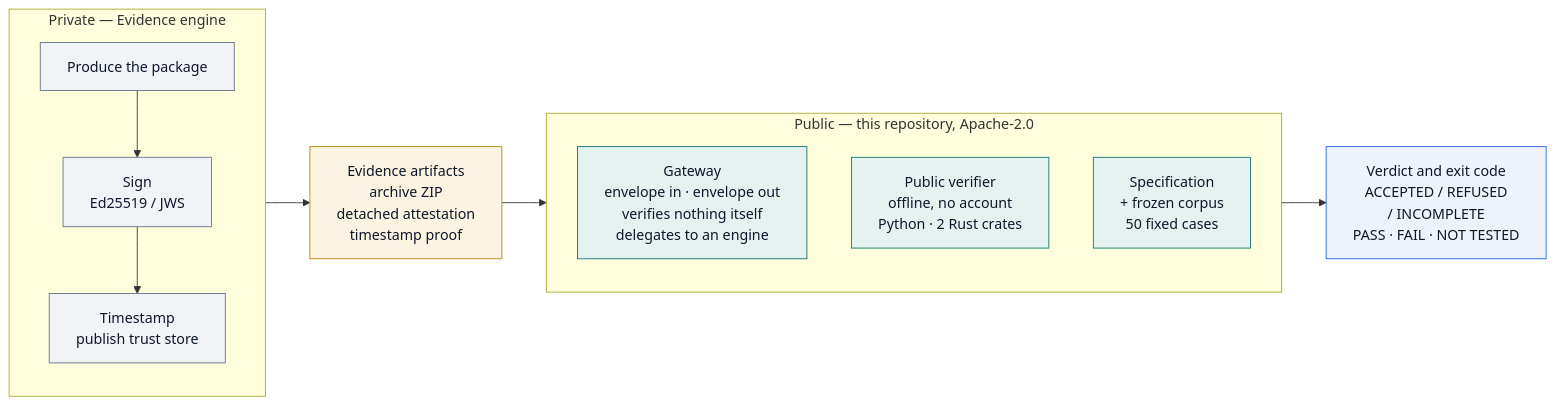
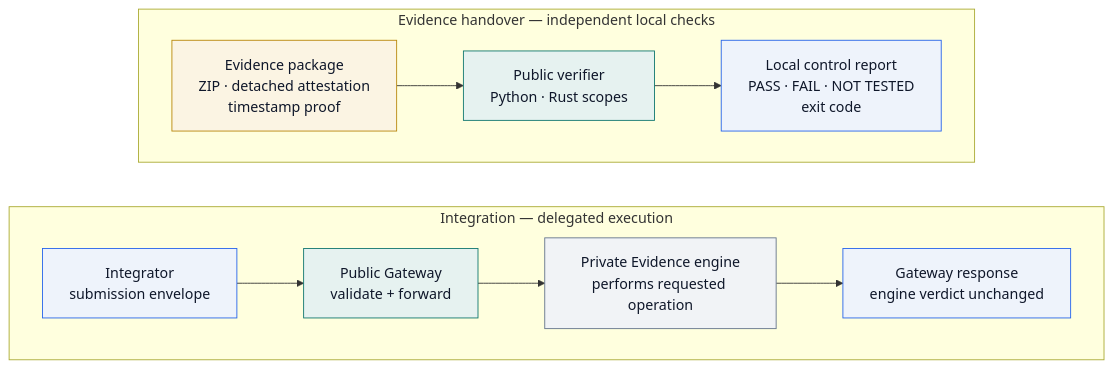
One commit to neomundi-io/neomundi-evidence-gateway changed the first of 3 diagrams in ARCHITECTURE.md. Above: the diagram before and after it, drawn with Mermaid. The commit also changed other lines of this file, not shown here.

Commit message:
docs(evidence): distinguish gateway delegation from offline verification and qualify timestamps

````diff
--- a/ARCHITECTURE.md
+++ b/ARCHITECTURE.md
@@ -116,36 +116,29 @@
 ```mermaid
-%%{init: {"flowchart": {"wrappingWidth": 320}} }%%
 flowchart LR
-  subgraph PRIV["Private — Evidence engine"]
-    direction TB
-    E1["Produce the package"]
-    E2["Sign<br/>Ed25519 / JWS"]
-    E3["Timestamp<br/>publish trust store"]
+  subgraph INTEGRATION["Integration — delegated execution"]
+    direction LR
+    CLIENT["Integrator<br/>submission envelope"]
+    GIN["Public Gateway<br/>validate + forward"]
+    ENGINE["Private Evidence engine<br/>performs requested operation"]
+    GOUT["Gateway response<br/>engine verdict unchanged"]
+    CLIENT --> GIN --> ENGINE --> GOUT
   end
 
-  ART["Evidence artifacts<br/>archive ZIP<br/>detached attestation<br/>timestamp proof"]
-
-  subgraph PUB["Public — this repository, Apache-2.0"]
-    direction TB
-    GW["Gateway<br/>envelope in · envelope out<br/>verifies nothing itself<br/>delegates to an engine"]
-    VER["Public verifier<br/>offline, no account<br/>Python · 2 Rust crates"]
-    SPEC["Specification<br/>+ frozen corpus<br/>50 fixed cases"]
+  subgraph HANDOVER["Evidence handover — independent local checks"]
+    direction LR
+    ART["Evidence package<br/>ZIP · detached attestation<br/>timestamp proof"]
+    VER["Public verifier<br/>Python · Rust scopes"]
+    REPORT["Local control report<br/>PASS · FAIL · NOT TESTED<br/>exit code"]
+    ART --> VER --> REPORT
   end
-
-  OUT["Verdict and exit code<br/>ACCEPTED / REFUSED<br/>/ INCOMPLETE<br/>PASS · FAIL · NOT TESTED"]
-
-  E1 --> E2 --> E3
-  PRIV --> ART
-  ART --> PUB
-  PUB --> OUT
 
   classDef private fill:#f1f3f6,stroke:#64748b,stroke-width:1px,color:#0f172a
   classDef artifact fill:#fbf4e3,stroke:#b8860b,stroke-width:1px,color:#0f172a
   classDef public fill:#e6f2f0,stroke:#0f766e,stroke-width:1px,color:#0f172a
   classDef result fill:#eef3fb,stroke:#2563eb,stroke-width:1px,color:#0f172a
 
-  class E1,E2,E3 private
+  class ENGINE private
   class ART artifact
-  class GW,VER,SPEC public
-  class OUT result
+  class GIN,VER public
+  class CLIENT,GOUT,REPORT result
 ```
````
